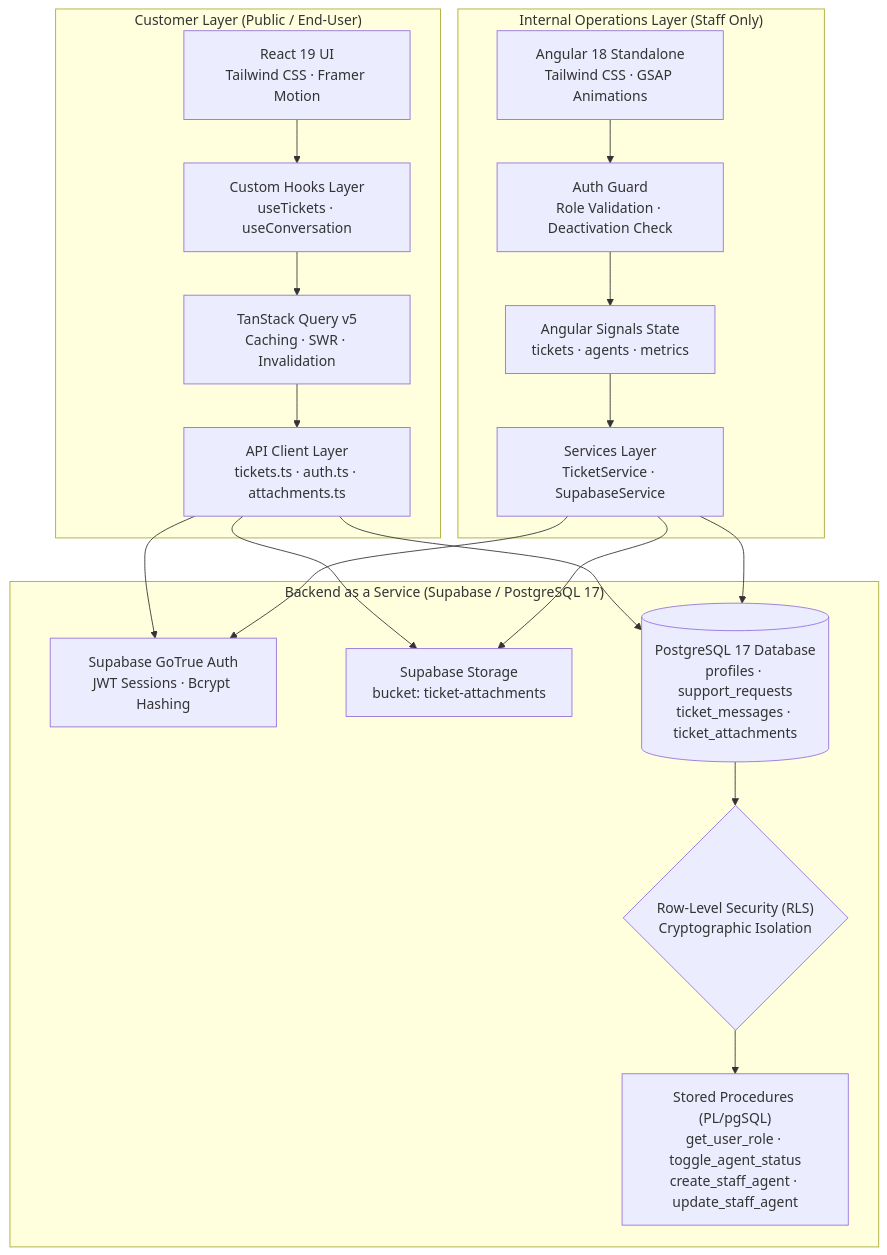
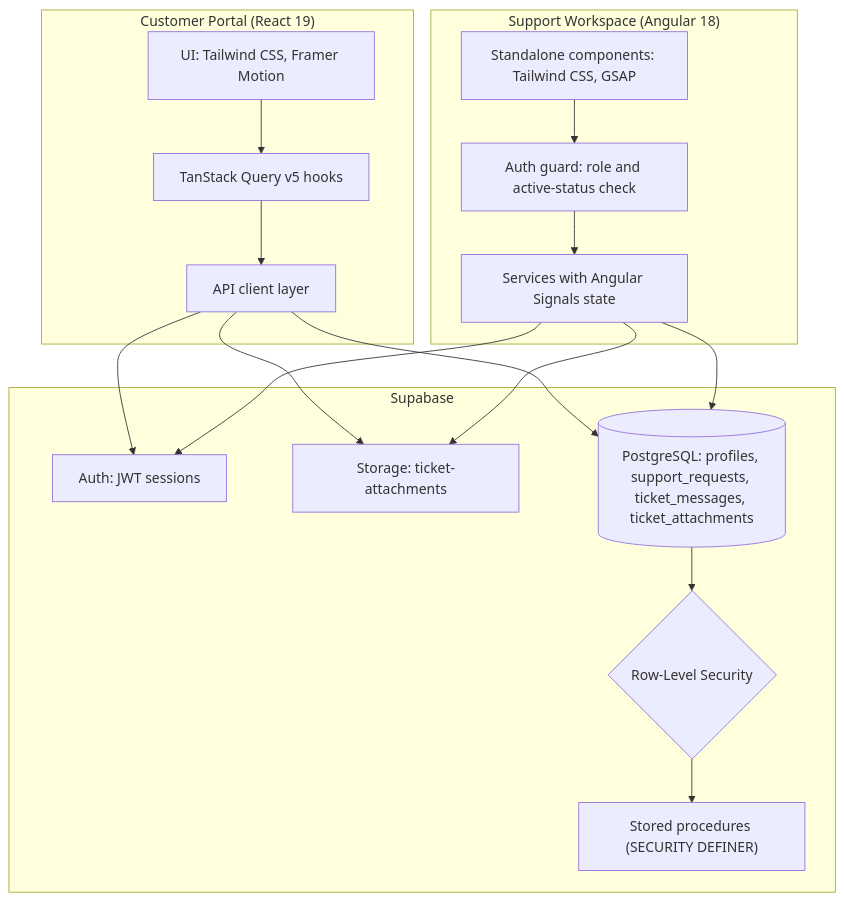
One commit to zyadmoataz/Customer-Support-Operations-Platform changed the first of 3 diagrams in README.md. Above: the diagram before and after it, drawn with Mermaid. The commit also changed other lines of this file, not shown here.

````diff
--- a/README.md
+++ b/README.md
@@ -67,35 +33,30 @@
 ```mermaid
 graph TB
-    subgraph "Customer Layer (Public / End-User)"
-        CP_UI["React 19 UI<br/>Tailwind CSS · Framer Motion"]
-        CP_HOOKS["Custom Hooks Layer<br/>useTickets · useConversation"]
-        CP_QUERY["TanStack Query v5<br/>Caching · SWR · Invalidation"]
-        CP_API["API Client Layer<br/>tickets.ts · auth.ts · attachments.ts"]
+    subgraph "Customer Portal (React 19)"
+        CP_UI["UI: Tailwind CSS, Framer Motion"]
+        CP_QUERY["TanStack Query v5 hooks"]
+        CP_API["API client layer"]
     end
 
-    subgraph "Internal Operations Layer (Staff Only)"
-        SW_UI["Angular 18 Standalone<br/>Tailwind CSS · GSAP Animations"]
-        SW_GUARD["Auth Guard<br/>Role Validation · Deactivation Check"]
-        SW_SIGNALS["Angular Signals State<br/>tickets · agents · metrics"]
-        SW_SVC["Services Layer<br/>TicketService · SupabaseService"]
+    subgraph "Support Workspace (Angular 18)"
+        SW_UI["Standalone components: Tailwind CSS, GSAP"]
+        SW_GUARD["Auth guard: role and active-status check"]
+        SW_SVC["Services with Angular Signals state"]
     end
 
-    subgraph "Backend as a Service (Supabase / PostgreSQL 17)"
-        SB_AUTH["Supabase GoTrue Auth<br/>JWT Sessions · Bcrypt Hashing"]
-        SB_STORAGE["Supabase Storage<br/>bucket: ticket-attachments"]
-        SB_DB[("PostgreSQL 17 Database<br/>profiles · support_requests<br/>ticket_messages · ticket_attachments")]
-        SB_RLS{"Row-Level Security (RLS)<br/>Cryptographic Isolation"}
-        SB_RPC["Stored Procedures (PL/pgSQL)<br/>get_user_role · toggle_agent_status<br/>create_staff_agent · update_staff_agent"]
+    subgraph "Supabase"
+        SB_AUTH["Auth: JWT sessions"]
+        SB_STORAGE["Storage: ticket-attachments"]
+        SB_DB[("PostgreSQL: profiles, support_requests, ticket_messages, ticket_attachments")]
+        SB_RLS{"Row-Level Security"}
+        SB_RPC["Stored procedures (SECURITY DEFINER)"]
     end
 
-    CP_UI --> CP_HOOKS --> CP_QUERY --> CP_API --> SB_AUTH
+    CP_UI --> CP_QUERY --> CP_API --> SB_AUTH
     CP_API --> SB_DB
     CP_API --> SB_STORAGE
-
-    SW_UI --> SW_GUARD --> SW_SIGNALS --> SW_SVC --> SB_AUTH
+    SW_UI --> SW_GUARD --> SW_SVC --> SB_AUTH
     SW_SVC --> SB_DB
     SW_SVC --> SB_STORAGE
-
-    SB_DB --> SB_RLS
-    SB_RLS --> SB_RPC
+    SB_DB --> SB_RLS --> SB_RPC
 ```
````
